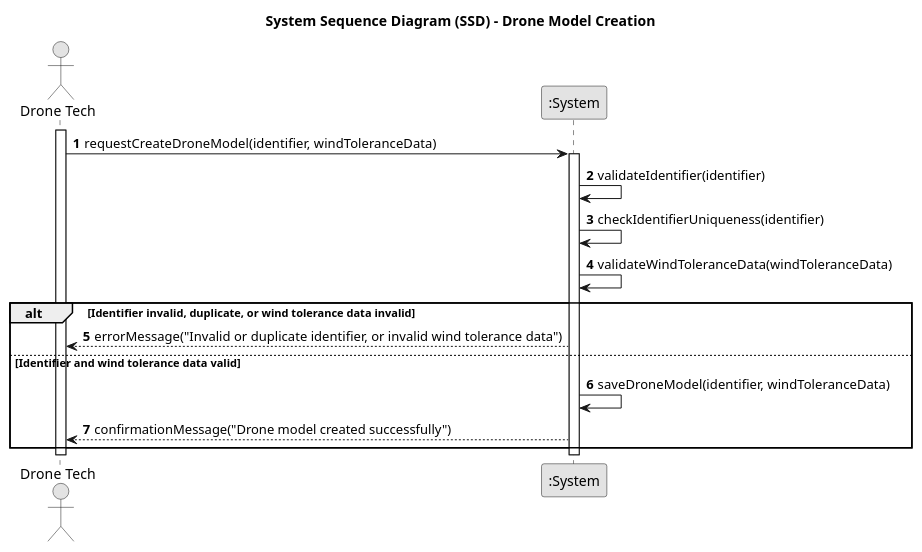
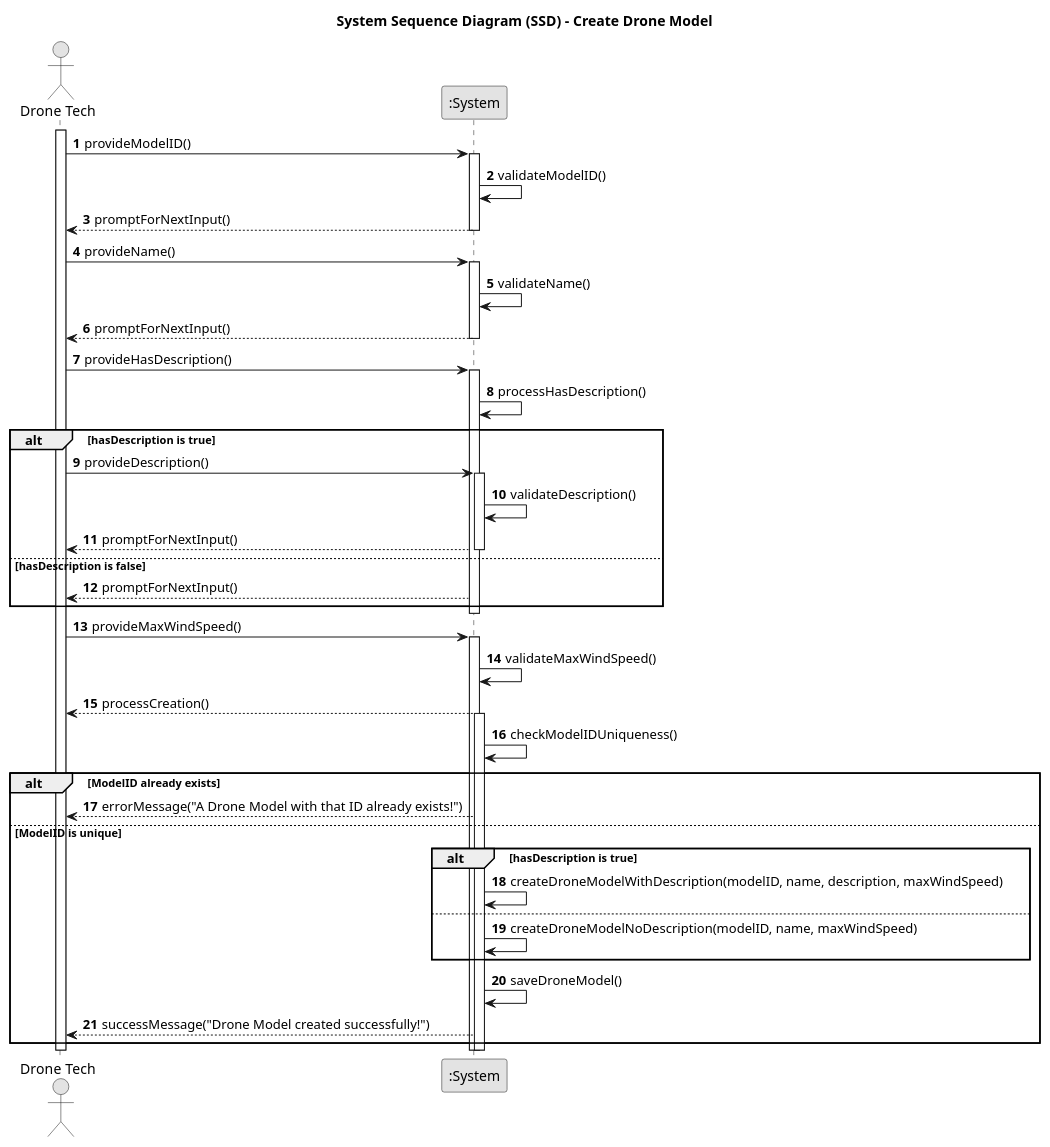
The diagram in docs/planning/sprint2/EAPLI/US240 - Drone model creation/01.requirements-engineering/puml/us240-system-sequence-diagram.puml (SAEmanuel/Shodrone_ISEP), drawn with PlantUML before and after one commit. The commit also changed 5 other files, not shown here.

```diff
--- a/docs/planning/sprint2/EAPLI/US240 - Drone model creation/01.requirements-engineering/puml/us240-system-sequence-diagram.puml
+++ b/docs/planning/sprint2/EAPLI/US240 - Drone model creation/01.requirements-engineering/puml/us240-system-sequence-diagram.puml
@@ -1,31 +1,63 @@
 @startuml
 skinparam monochrome true
 skinparam packageStyle rectangle
 skinparam shadowing false
 
-title System Sequence Diagram (SSD) - Drone Model Creation
+title System Sequence Diagram (SSD) - Create Drone Model
 
 autonumber
 
 actor "Drone Tech" as DT
 participant ":System" as System
 
 activate DT
 
-DT -> System: requestCreateDroneModel(identifier, windToleranceData)
+DT -> System: provideModelID()
 activate System
+System -> System: validateModelID()
+System --> DT: promptForNextInput()
+deactivate System
 
-System -> System: validateIdentifier(identifier)
-System -> System: checkIdentifierUniqueness(identifier)
-System -> System: validateWindToleranceData(windToleranceData)
-alt Identifier invalid, duplicate, or wind tolerance data invalid
-    System --> DT: errorMessage("Invalid or duplicate identifier, or invalid wind tolerance data")
-else Identifier and wind tolerance data valid
-    System -> System: saveDroneModel(identifier, windToleranceData)
-    System --> DT: confirmationMessage("Drone model created successfully")
+DT -> System: provideName()
+activate System
+System -> System: validateName()
+System --> DT: promptForNextInput()
+deactivate System
+
+DT -> System: provideHasDescription()
+activate System
+System -> System: processHasDescription()
+alt hasDescription is true
+    DT -> System: provideDescription()
+    activate System
+    System -> System: validateDescription()
+    System --> DT: promptForNextInput()
+    deactivate System
+else hasDescription is false
+    System --> DT: promptForNextInput()
 end
+deactivate System
 
+DT -> System: provideMaxWindSpeed()
+activate System
+System -> System: validateMaxWindSpeed()
+System --> DT: processCreation()
+activate System
+System -> System: checkModelIDUniqueness()
+alt ModelID already exists
+    System --> DT: errorMessage("A Drone Model with that ID already exists!")
+else ModelID is unique
+    alt hasDescription is true
+        System -> System: createDroneModelWithDescription(modelID, name, description, maxWindSpeed)
+    else
+        System -> System: createDroneModelNoDescription(modelID, name, maxWindSpeed)
+    end
+    System -> System: saveDroneModel()
+    System --> DT: successMessage("Drone Model created successfully!")
+end
 deactivate System
+deactivate System
+
 deactivate DT
 
 @enduml
```
